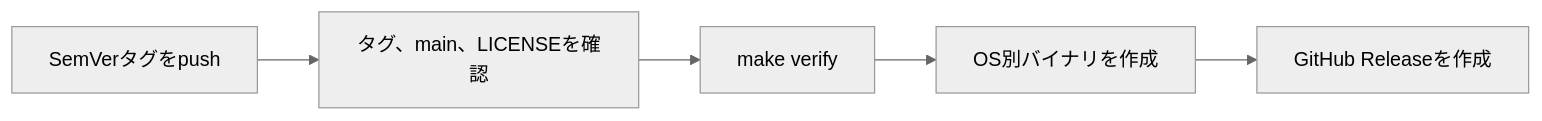
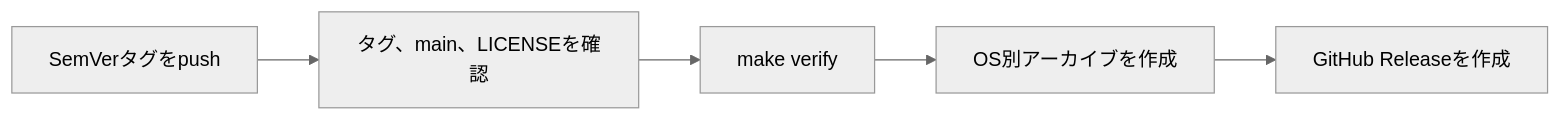
The first of 3 diagrams in docs/development/build-and-release.md (vnzzzz/batch-scope), drawn with Mermaid (neutral theme) before and after one commit. The commit also changed other lines of this file and 10 other files, not shown here.

````diff
--- a/docs/development/build-and-release.md
+++ b/docs/development/build-and-release.md
@@ -91,7 +111,7 @@
 ```mermaid
 flowchart LR
     Tag[SemVerタグをpush] --> Check[タグ、main、LICENSEを確認]
     Check --> Verify[make verify]
-    Verify --> Build[OS別バイナリを作成]
+    Verify --> Build[OS別アーカイブを作成]
     Build --> Release[GitHub Releaseを作成]
 ```
````
